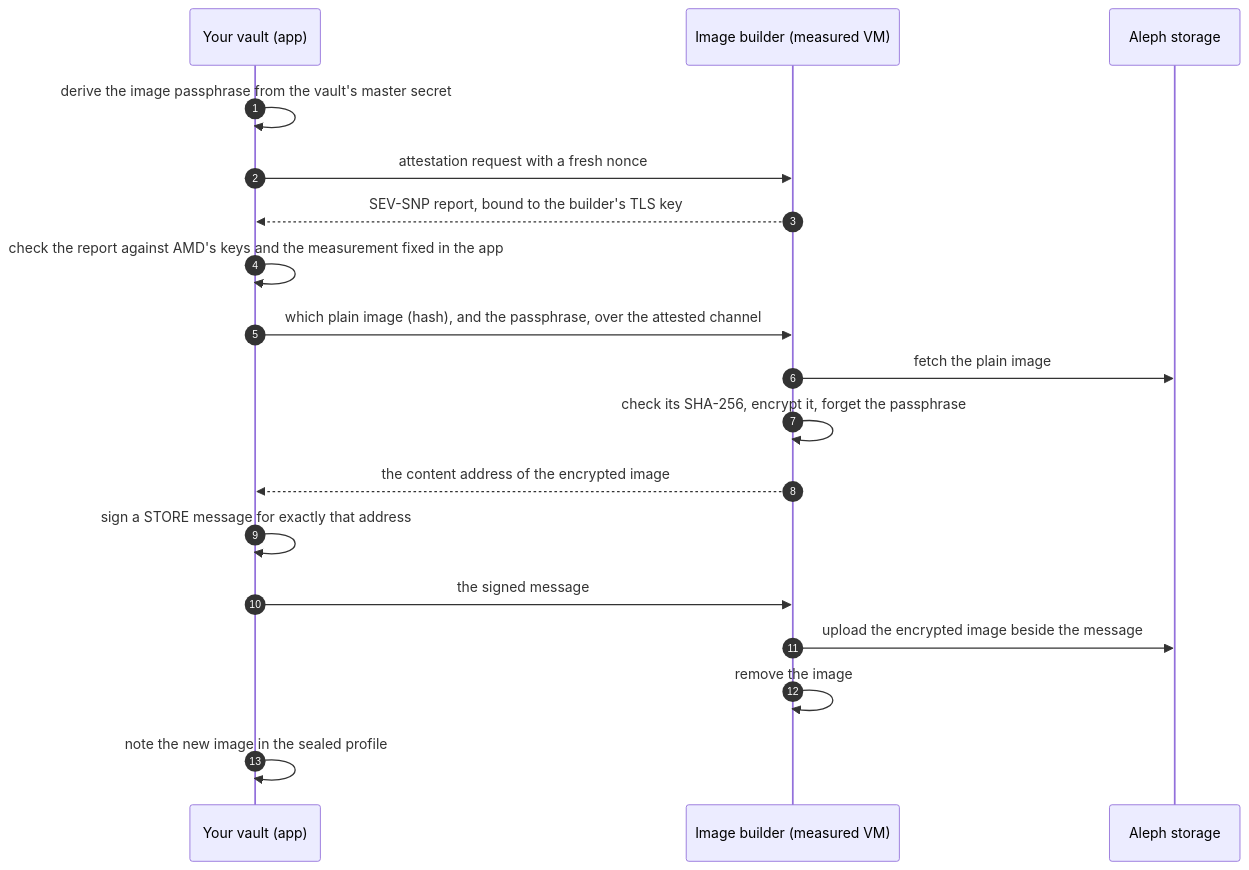
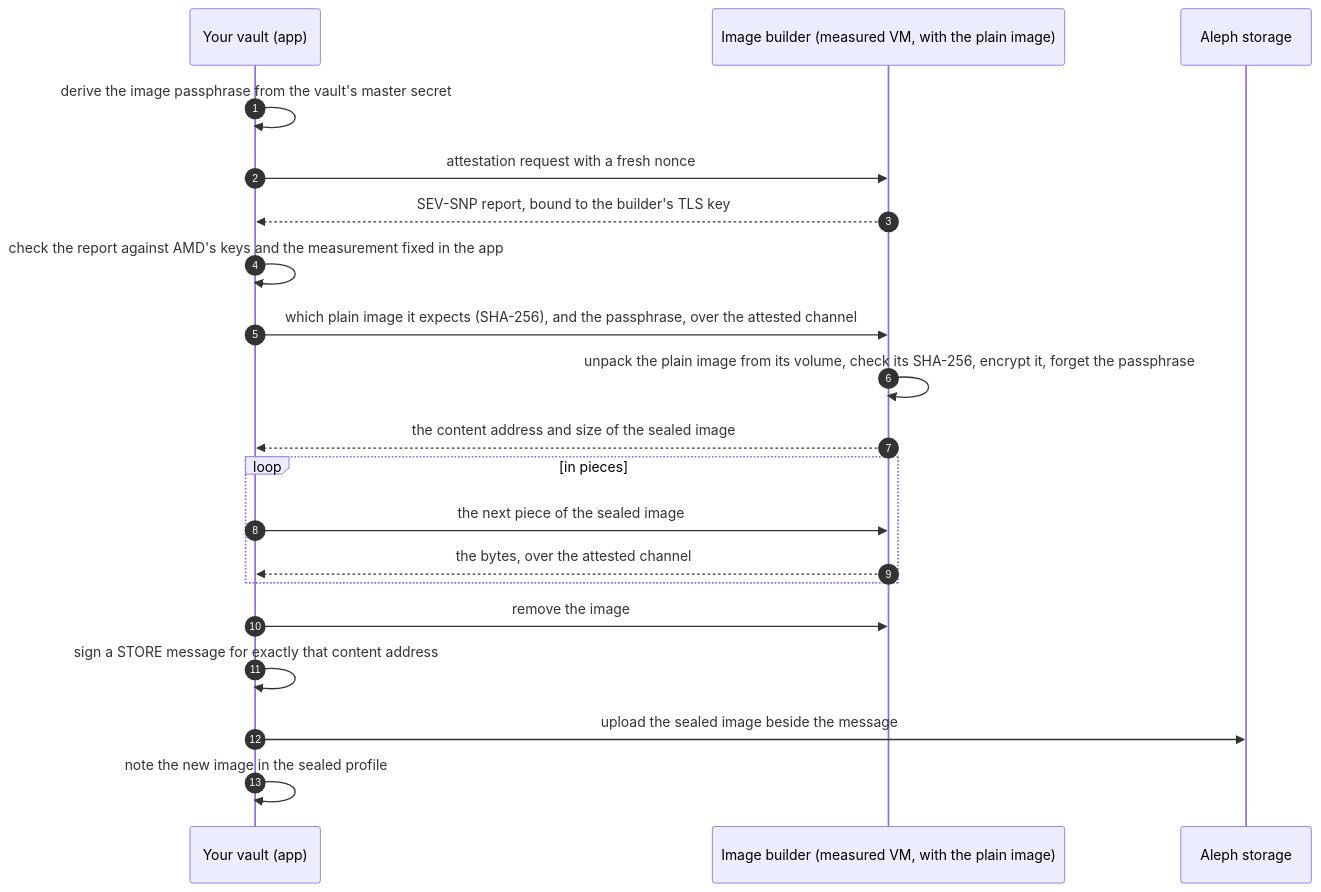
The first of 2 diagrams in docs/own-image.md (Le-Space/paperless-anywhere), drawn with Mermaid before and after one commit. The commit also changed other lines of this file and 8 other files, not shown here.

First line of the commit message:
feat: the plain image on a verified volume, the sealed image fetched by the app

````diff
--- a/docs/own-image.md
+++ b/docs/own-image.md
@@ -29,20 +35,22 @@
 ```mermaid
 sequenceDiagram
     autonumber
     participant V as Your vault (app)
-    participant B as Image builder (measured VM)
+    participant B as Image builder (measured VM, with the plain image)
     participant A as Aleph storage
     V->>V: derive the image passphrase from the vault's master secret
     V->>B: attestation request with a fresh nonce
     B-->>V: SEV-SNP report, bound to the builder's TLS key
     V->>V: check the report against AMD's keys and the measurement fixed in the app
-    V->>B: which plain image (hash), and the passphrase, over the attested channel
-    B->>A: fetch the plain image
-    B->>B: check its SHA-256, encrypt it, forget the passphrase
-    B-->>V: the content address of the encrypted image
-    V->>V: sign a STORE message for exactly that address
-    V->>B: the signed message
-    B->>A: upload the encrypted image beside the message
-    B->>B: remove the image
+    V->>B: which plain image it expects (SHA-256), and the passphrase, over the attested channel
+    B->>B: unpack the plain image from its volume, check its SHA-256, encrypt it, forget the passphrase
+    B-->>V: the content address and size of the sealed image
+    loop in pieces
+        V->>B: the next piece of the sealed image
+        B-->>V: the bytes, over the attested channel
+    end
+    V->>B: remove the image
+    V->>V: sign a STORE message for exactly that content address
+    V->>A: upload the sealed image beside the message
     V->>V: note the new image in the sealed profile
 ```
````
